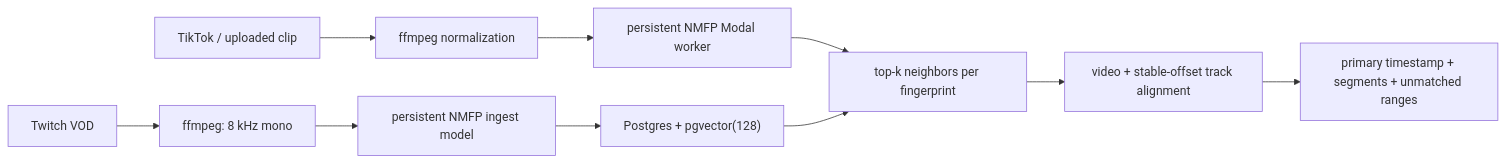
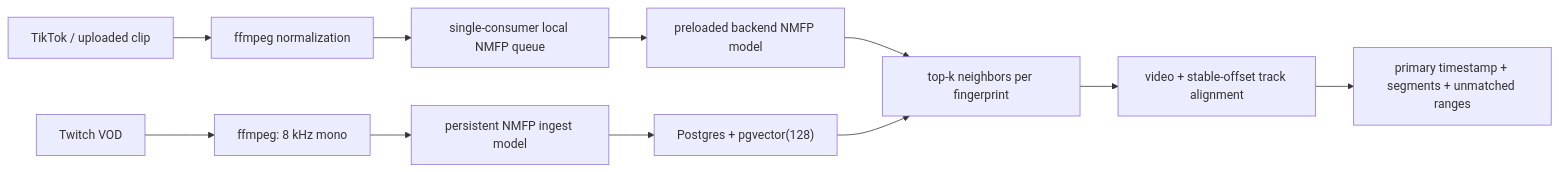
The diagram in README.md (manofshad/VodHunter), drawn with Mermaid before and after one commit. The commit also changed other lines of this file and 25 other files, not shown here.

Commit message:
feat: prepare local NMFP production runtime (#38)

````diff
--- a/README.md
+++ b/README.md
@@ -16,13 +16,14 @@
 ```mermaid
 flowchart LR
     VOD["Twitch VOD"] --> Extract["ffmpeg: 8 kHz mono"]
     Extract --> IngestNMFP["persistent NMFP ingest model"]
     IngestNMFP --> Vectors["Postgres + pgvector(128)"]
 
     Query["TikTok / uploaded clip"] --> Normalize["ffmpeg normalization"]
-    Normalize --> Modal["persistent NMFP Modal worker"]
-    Modal --> Candidates["top-k neighbors per fingerprint"]
+    Normalize --> Queue["single-consumer local NMFP queue"]
+    Queue --> LocalNMFP["preloaded backend NMFP model"]
+    LocalNMFP --> Candidates["top-k neighbors per fingerprint"]
     Vectors --> Candidates
     Candidates --> Align["video + stable-offset track alignment"]
     Align --> Result["primary timestamp + segments + unmatched ranges"]
 ```
````
